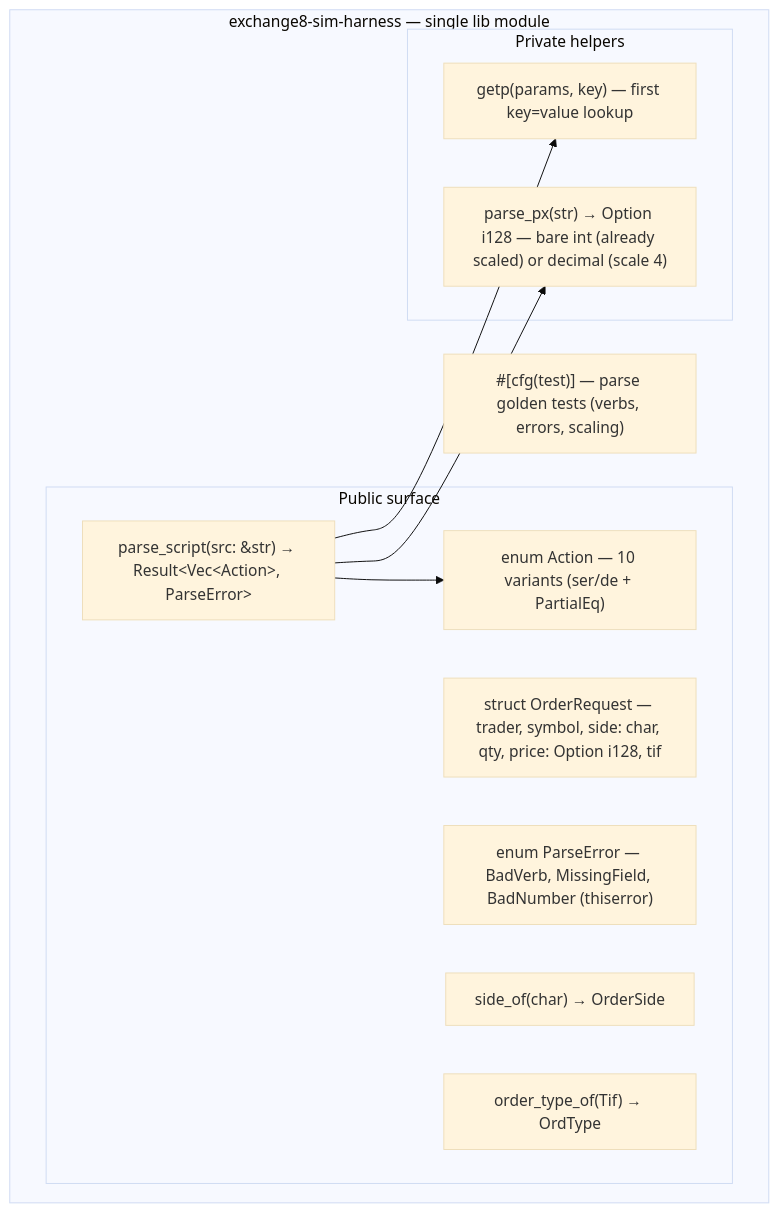
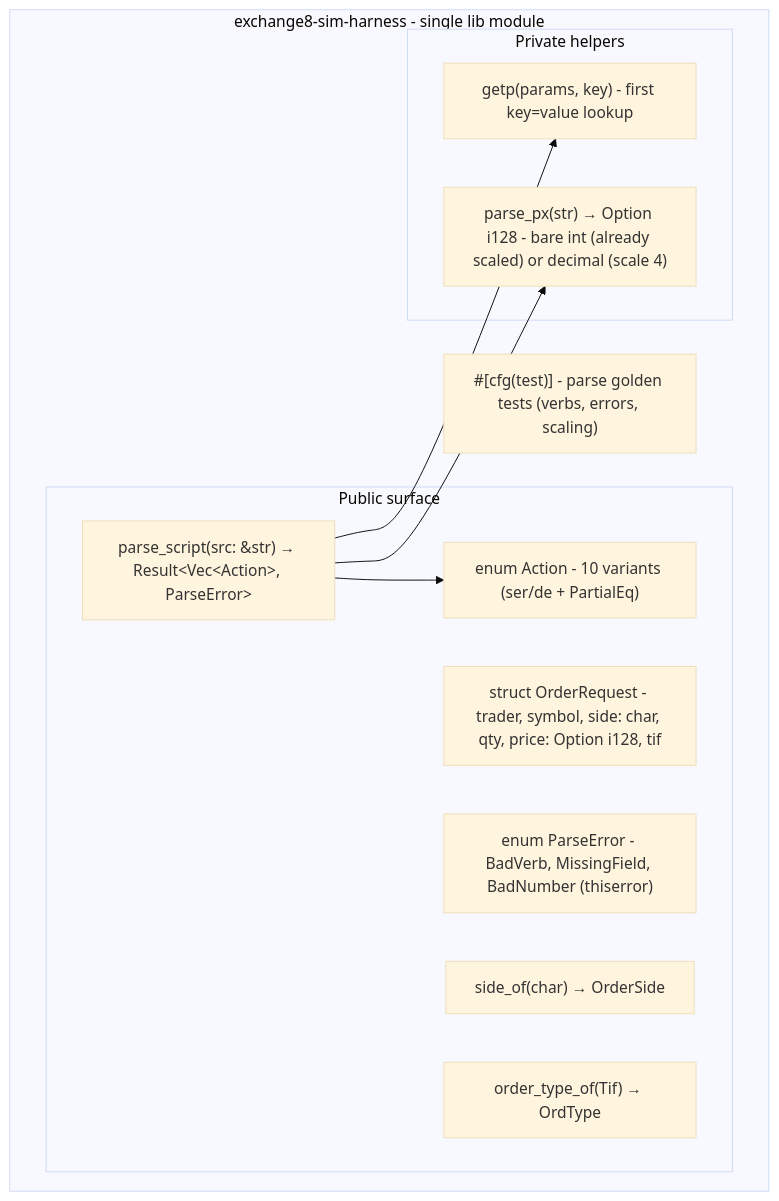
The second of 6 diagrams in crates/sim-harness/DESIGN.md (Exchange8-dev/exchange8-sdk), drawn with Mermaid (base theme) before and after one commit. The commit also changed other lines of this file and 60 other files, not shown here.

````diff
--- a/crates/sim-harness/DESIGN.md
+++ b/crates/sim-harness/DESIGN.md
@@ -90,21 +90,21 @@
 ```mermaid
 graph TD
-    subgraph LIB["exchange8-sim-harness — single lib module"]
+    subgraph LIB["exchange8-sim-harness - single lib module"]
         subgraph PUBLIC["Public surface"]
             PS["parse_script(src: &amp;str) → Result&lt;Vec&lt;Action&gt;, ParseError&gt;"]
-            ACTE["enum Action — 10 variants (ser/de + PartialEq)"]
-            ORQ["struct OrderRequest — trader, symbol, side: char, qty, price: Option i128, tif"]
-            PE["enum ParseError — BadVerb, MissingField, BadNumber (thiserror)"]
+            ACTE["enum Action - 10 variants (ser/de + PartialEq)"]
+            ORQ["struct OrderRequest - trader, symbol, side: char, qty, price: Option i128, tif"]
+            PE["enum ParseError - BadVerb, MissingField, BadNumber (thiserror)"]
             SDO["side_of(char) → OrderSide"]
             OTO["order_type_of(Tif) → OrdType"]
         end
         subgraph PRIVATE["Private helpers"]
-            GETP["getp(params, key) — first key=value lookup"]
-            PXPX["parse_px(str) → Option i128 — bare int (already scaled) or decimal (scale 4)"]
+            GETP["getp(params, key) - first key=value lookup"]
+            PXPX["parse_px(str) → Option i128 - bare int (already scaled) or decimal (scale 4)"]
         end
-        TESTS["#[cfg(test)] — parse golden tests (verbs, errors, scaling)"]
+        TESTS["#[cfg(test)] - parse golden tests (verbs, errors, scaling)"]
     end
     PS --> GETP
     PS --> PXPX
     PS --> ACTE
 ```
````
